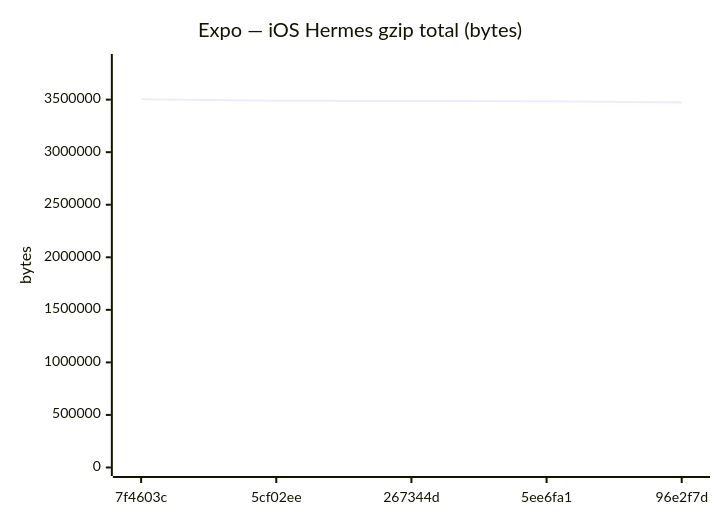
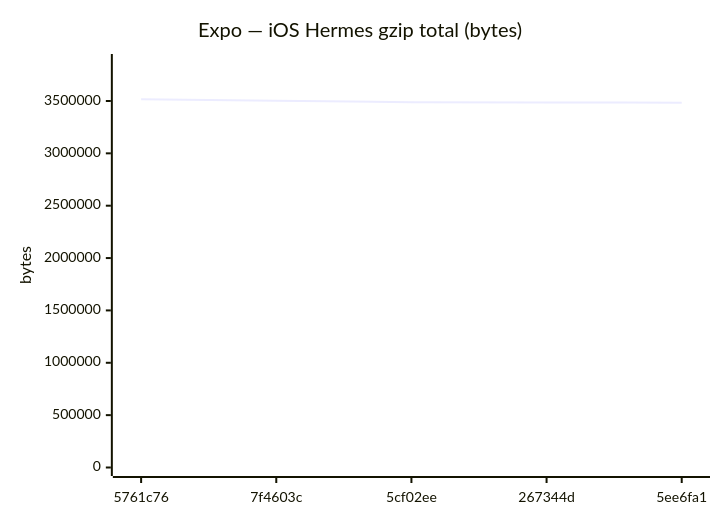
Diagram 12 of 18 in benchmarks/compare.md (Metaheurist/Rianell), drawn with Mermaid before and after one commit. The commit also changed other lines of this file and 11 other files, not shown here.

````diff
--- a/benchmarks/compare.md
+++ b/benchmarks/compare.md
@@ -179,7 +179,7 @@
 ```mermaid
 xychart-beta
     title "Expo — iOS Hermes gzip total (bytes)"
-    x-axis ["7f4603c", "5cf02ee", "267344d", "5ee6fa1", "96e2f7d"]
-    y-axis "bytes" 0 --> 3853231
-    line [3502937, 3488256, 3486228, 3483393, 3471867]
+    x-axis ["5761c76", "7f4603c", "5cf02ee", "267344d", "5ee6fa1"]
+    y-axis "bytes" 0 --> 3867448
+    line [3515861, 3502937, 3488256, 3486228, 3483393]
 ```
````
